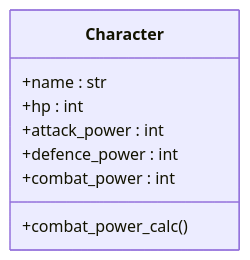
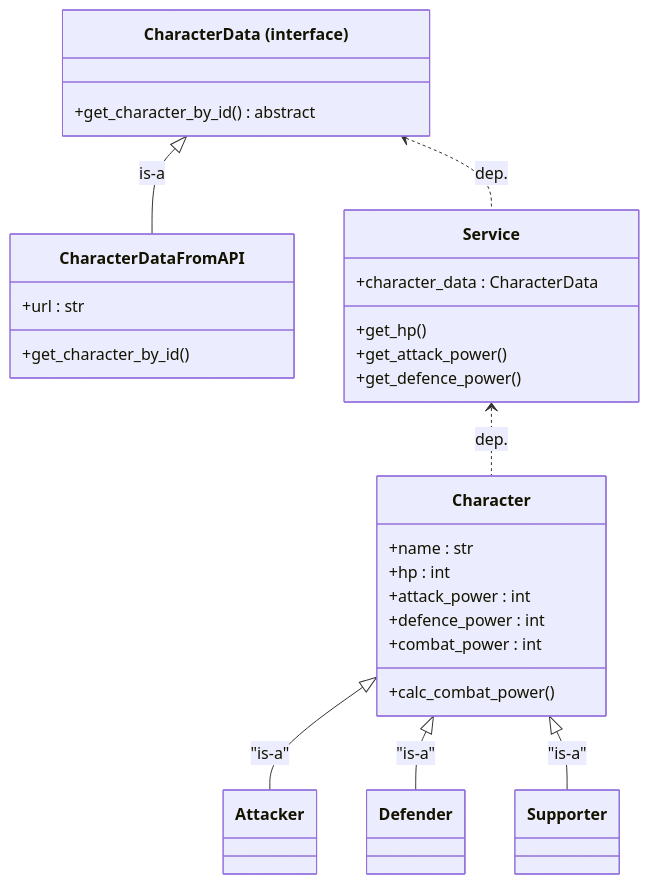
Before and after one commit to naorex/nikke_sim: the diagram in docs/ClassDiagrams.md, drawn with Mermaid. The commit also changed 6 other files, not shown here.

````diff
--- a/docs/ClassDiagrams.md
+++ b/docs/ClassDiagrams.md
@@ -3,13 +3,44 @@
 ```mermaid
 classDiagram
+
+class CharacterData ["CharacterData (interface)"] {
+    +get_character_by_id() abstract
+}
+
+class CharacterDataFromAPI {
+    +url : str
+    +get_character_by_id()
+}
+
+class Service {
+    +character_data : CharacterData
+    +get_hp()
+    +get_attack_power()
+    +get_defence_power()
+}
 
 class Character {
     +name : str
     +hp : int
     +attack_power : int
     +defence_power : int
     +combat_power : int
-    +combat_power_calc()
+    +calc_combat_power()
 }
 
+class Attacker
+
+class Defender
+
+class Supporter
+
+CharacterData <|-- CharacterDataFromAPI : is-a
+CharacterData <.. Service : dep.
+
+Service <.. Character : dep.
+
+Character <|-- Attacker : "is-a"
+Character <|-- Defender : "is-a"
+Character <|-- Supporter : "is-a"
+
 ```
````
